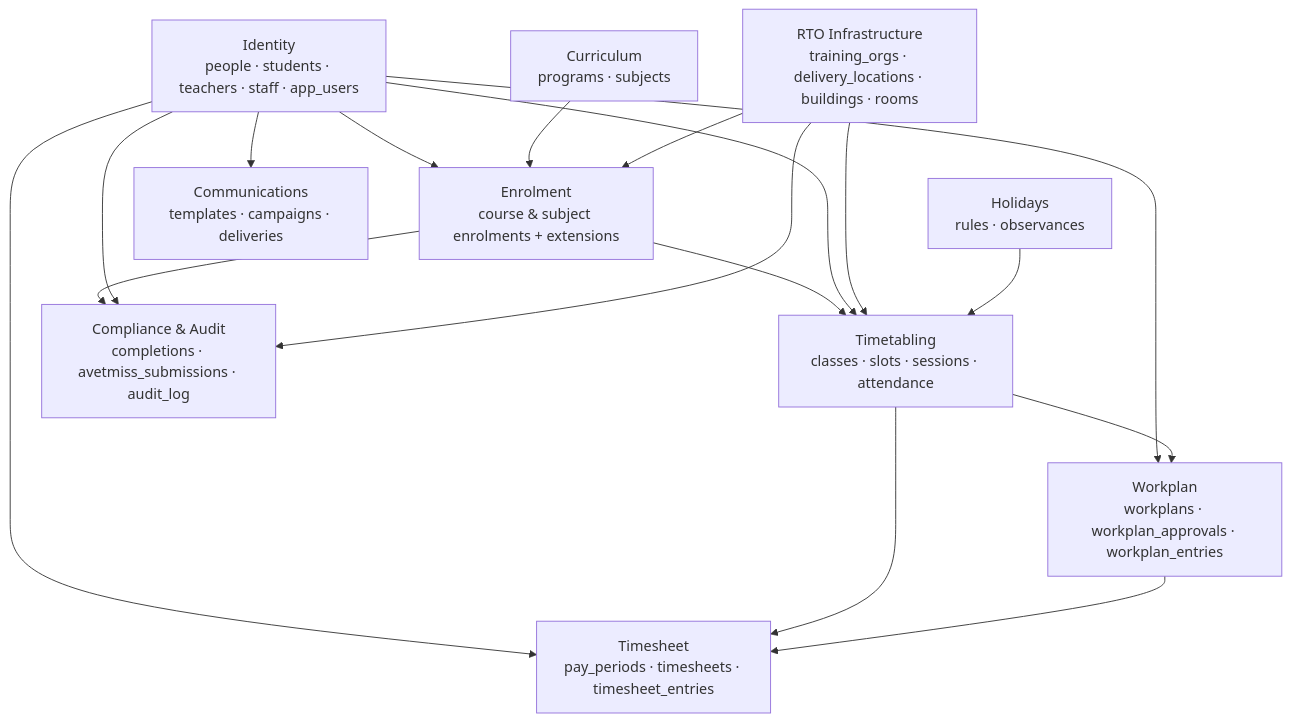
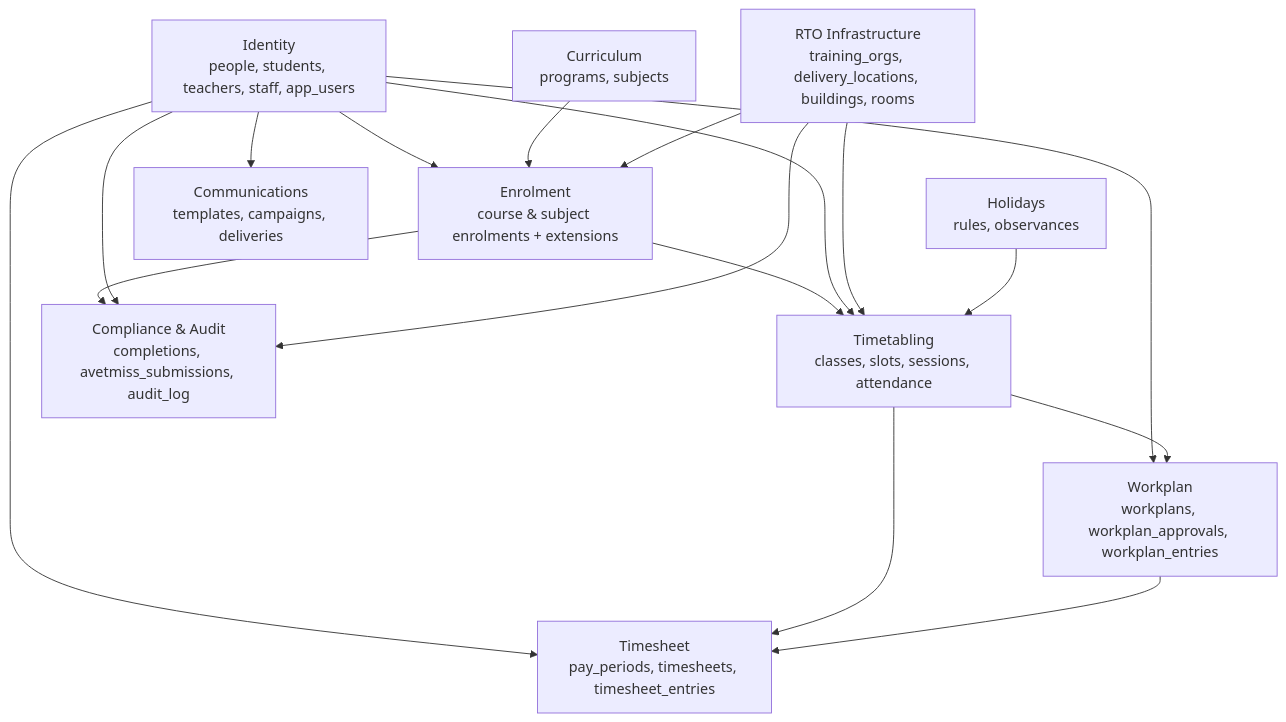
Before and after one commit to harleycalvert/nvims: the first of 11 diagrams in docs/DATABASE.md, drawn with Mermaid. The commit also changed other lines of this file, not shown here.

Commit message:
Mermaid - Unable to render rich display - potential fix.

````diff
--- a/docs/DATABASE.md
+++ b/docs/DATABASE.md
@@ -77,30 +77,30 @@
 ```mermaid
 graph TD
-    P[Identity<br/>people · students · teachers · staff · app_users]
-    C[Curriculum<br/>programs · subjects]
+    P[Identity<br/>people, students, teachers, staff, app_users]
+    C[Curriculum<br/>programs, subjects]
     E[Enrolment<br/>course & subject enrolments + extensions]
-    I[RTO Infrastructure<br/>training_orgs · delivery_locations · buildings · rooms]
-    T[Timetabling<br/>classes · slots · sessions · attendance]
-    H[Holidays<br/>rules · observances]
-    M[Communications<br/>templates · campaigns · deliveries]
-    A[Compliance & Audit<br/>completions · avetmiss_submissions · audit_log]
-    W[Workplan<br/>workplans · workplan_approvals · workplan_entries]
-    S[Timesheet<br/>pay_periods · timesheets · timesheet_entries]
+    I[RTO Infrastructure<br/>training_orgs, delivery_locations, buildings, rooms]
+    T[Timetabling<br/>classes, slots, sessions, attendance]
+    H[Holidays<br/>rules, observances]
+    M[Communications<br/>templates, campaigns, deliveries]
+    A[Compliance & Audit<br/>completions, avetmiss_submissions, audit_log]
+    W[Workplan<br/>workplans, workplan_approvals, workplan_entries]
+    S[Timesheet<br/>pay_periods, timesheets, timesheet_entries]
 
     P --> E
     C --> E
     I --> E
     E --> T
     P --> T
     I --> T
     H --> T
     P --> M
     E --> A
     P --> A
     I --> A
     P --> W
     T --> W
     P --> S
     T --> S
     W --> S
 ```
````
